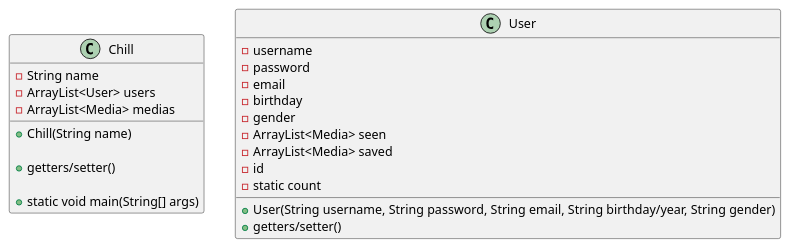
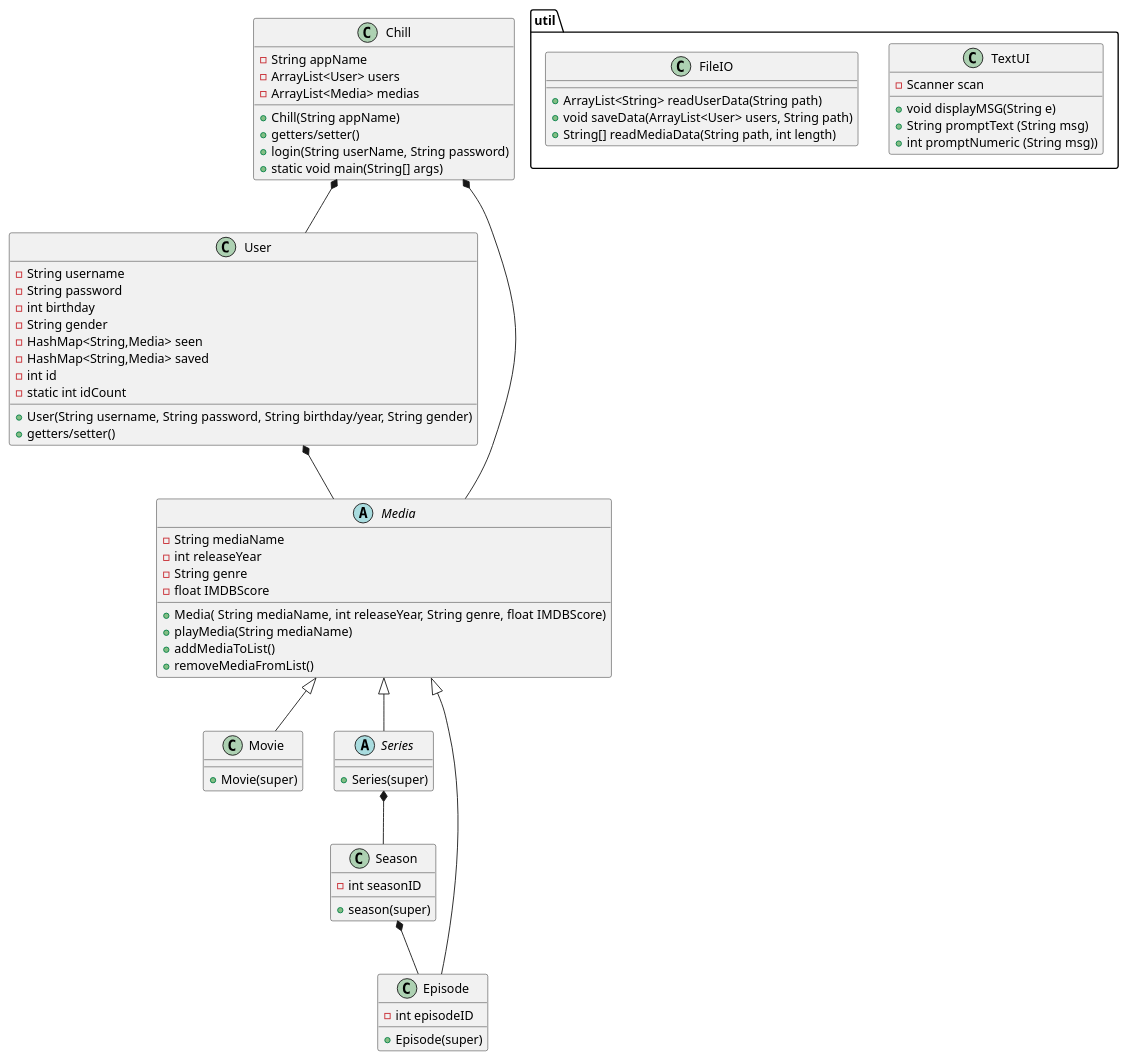
Before and after one commit to niki03125/SP3: the diagram in doc/classdiagram.puml, drawn with PlantUML. The commit also changed 1 other file, not shown here.

Commit message:
rettelser i classdiagram.puml og domainmodel.puml

```diff
--- a/doc/classdiagram.puml
+++ b/doc/classdiagram.puml
@@ -1,33 +1,89 @@
 @startuml
 
 class Chill{
-- String name
+- String appName
 - ArrayList<User> users
 - ArrayList<Media> medias
-+ Chill(String name)
++ Chill(String appName)
+
 
 + getters/setter()
-
++ login(String userName, String password)
 + static void main(String[] args)
 }
 
 class User{
-- username
-- password
-- email
-- birthday
-- gender
-- ArrayList<Media> seen
-- ArrayList<Media> saved
-- id
-- static count
+- String username
+- String password
+- int birthday
+- String gender
+- HashMap<String,Media> seen
+- HashMap<String,Media> saved
+- int id
+- static int idCount
 
-+ User(String username, String password, String email, String birthday/year, String gender)
++ User(String username, String password, String birthday/year, String gender)
 + getters/setter()
 
+}
+
+package "util"{
+
+class TextUI{
+- Scanner scan
+
++ void displayMSG(String e)
++ String promptText (String msg)
++ int promptNumeric (String msg))
+}
+
+class FileIO{
++ ArrayList<String> readUserData(String path)
++ void saveData(ArrayList<User> users, String path)
++ String[] readMediaData(String path, int length)
+}
+
+}
+
+abstract class Media{
+- String mediaName
+- int releaseYear
+- String genre
+- float IMDBScore
+
++ Media( String mediaName, int releaseYear, String genre, float IMDBScore)
++ playMedia(String mediaName)
++ addMediaToList()
++ removeMediaFromList()
+}
+
+class Movie extends Media{
++ Movie(super)
+}
+
+abstract class Series extends Media{
++ Series(super)
+}
+
+class Season{
+- int seasonID
++ season(super)
+}
+
+class Episode extends Media{
+-int episodeID
++ Episode(super)
+}
+
+Chill *-- Media
+
+User *-- Media
+
+Chill *-- User
+
+Series *-- Season
+
+Season *-- Episode
 
 
-
-
-}
 @enduml
```
